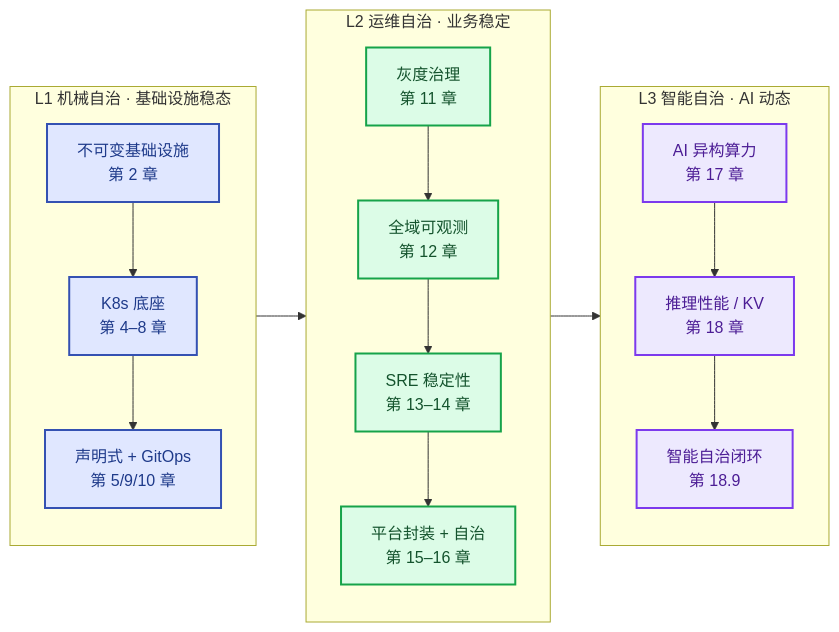
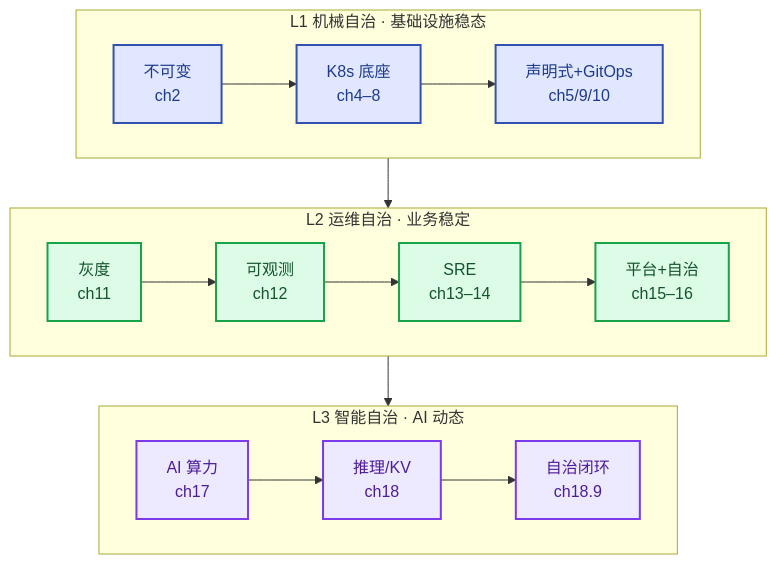
One commit to jackiesre721/ai-native-ops changed the diagram in docs/README.md. Above: the diagram before and after it, drawn with Mermaid. The commit also changed 2 other files, not shown here.

Commit message:
fix: 架构图改TB竖排+缩短标签(修格子溢出); ch3生命周期改TB; CSS加overflow-x兜底
- README架构图:LR→TB(三层竖叠),子图内LR(横排),标签缩短(ch2/ch4-8…),
  跨层边线移到subgraph外——修'网页格子装不下'
- ch3 AI生命周期:10节点LR→TB(竖排,避免超宽)
- CSS:mermaid容器加overflow-x:auto(兜底,任何宽图可横滚)

````diff
--- a/docs/README.md
+++ b/docs/README.md
@@ -65,21 +65,23 @@
 ```mermaid
-flowchart LR
+flowchart TB
     subgraph L1["L1 机械自治 · 基础设施稳态"]
-      direction TB
-      A1["不可变基础设施<br/>第 2 章"] --> A2["K8s 底座<br/>第 4–8 章"] --> A3["声明式 + GitOps<br/>第 5/9/10 章"]
+      direction LR
+      A1["不可变<br/>ch2"] --> A2["K8s 底座<br/>ch4–8"] --> A3["声明式+GitOps<br/>ch5/9/10"]
     end
     subgraph L2["L2 运维自治 · 业务稳定"]
-      direction TB
-      A3 --> B1["灰度治理<br/>第 11 章"] --> B2["全域可观测<br/>第 12 章"] --> B3["SRE 稳定性<br/>第 13–14 章"] --> B4["平台封装 + 自治<br/>第 15–16 章"]
+      direction LR
+      B1["灰度<br/>ch11"] --> B2["可观测<br/>ch12"] --> B3["SRE<br/>ch13–14"] --> B4["平台+自治<br/>ch15–16"]
     end
     subgraph L3["L3 智能自治 · AI 动态"]
-      direction TB
-      B4 --> C1["AI 异构算力<br/>第 17 章"] --> C2["推理性能 / KV<br/>第 18 章"] --> C3["智能自治闭环<br/>第 18.9"]
+      direction LR
+      C1["AI 算力<br/>ch17"] --> C2["推理/KV<br/>ch18"] --> C3["自治闭环<br/>ch18.9"]
     end
+    A3 --> B1
+    B4 --> C1
     classDef l1 fill:#e0e7ff,stroke:#3451b2,color:#1e3a8a,stroke-width:2px
     classDef l2 fill:#dcfce7,stroke:#16a34a,color:#14532d,stroke-width:2px
     classDef l3 fill:#ede9fe,stroke:#7c3aed,color:#4c1d95,stroke-width:2px
     class A1,A2,A3 l1
     class B1,B2,B3,B4 l2
     class C1,C2,C3 l3
 ```
````
